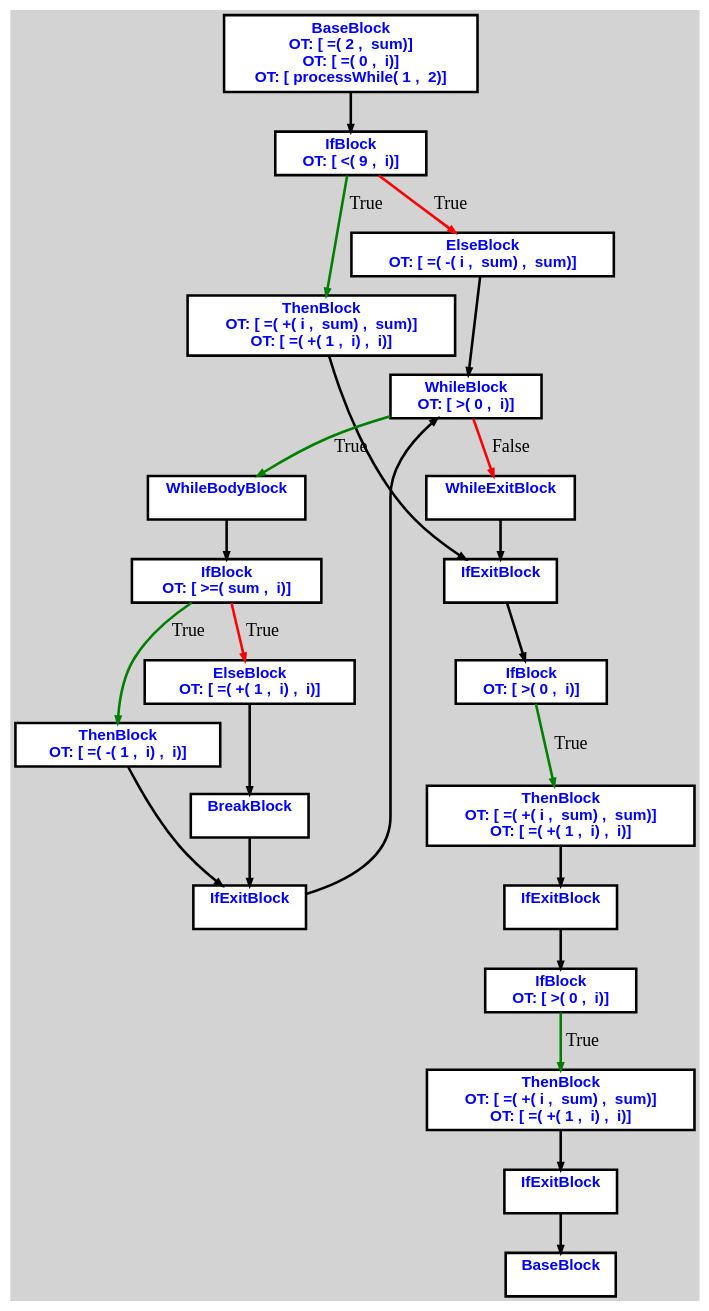
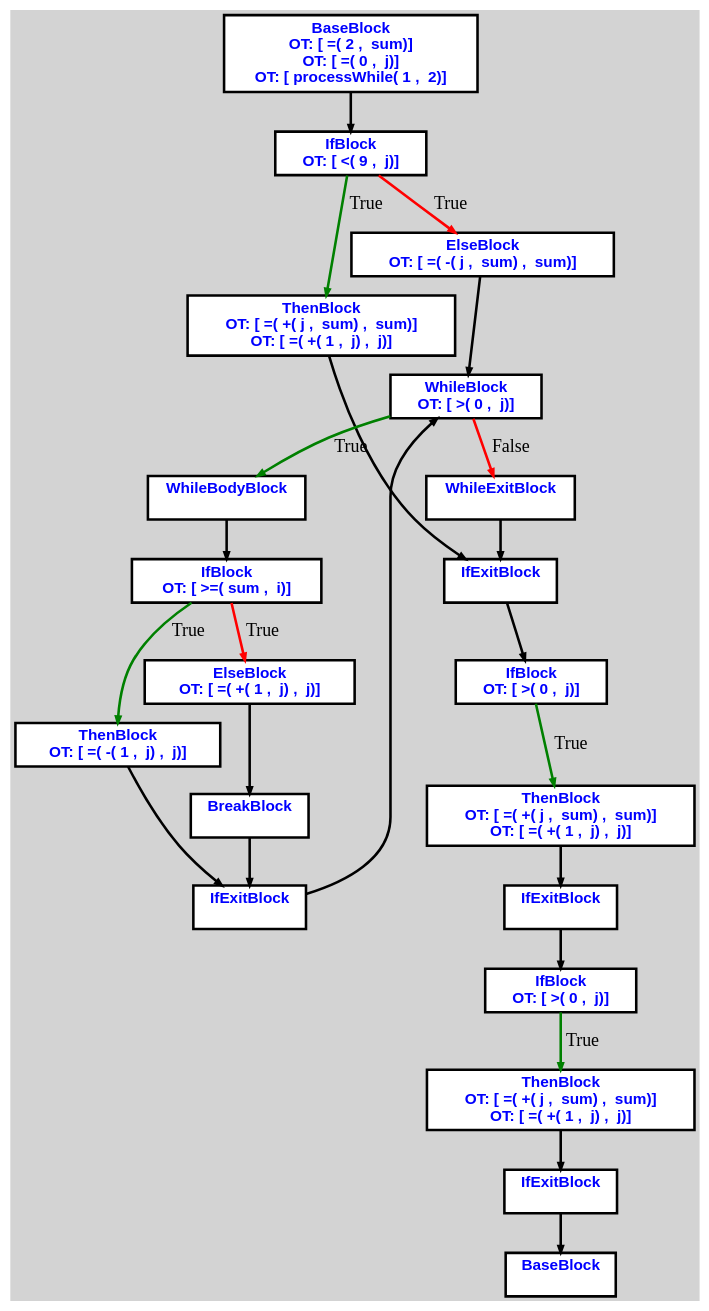
One commit to aveen007/CountingMonkeys changed the diagram in cpoCompilerWin/input.txt.processAnotherArray.dot. Above: the diagram before and after it, drawn with Graphviz. The commit also changed 40 other files, not shown here.

Commit message:
architecture to store data types

```diff
--- a/cpoCompilerWin/input.txt.processAnotherArray.dot
+++ b/cpoCompilerWin/input.txt.processAnotherArray.dot
@@ -1,66 +1,66 @@
 digraph G {
 ordering=out;
 ranksep=.4;
 bgcolor="lightgrey";  node [shape=box, fixedsize=false, fontsize=12, fontname="Helvetica-bold", fontcolor="blue"
 width=.25, height=.25, color="black", fillcolor="white", style="filled, solid, bold"];
 
-edge [arrowsize=.5, color="black", style="bold"]    n000011CED78A2AE0 [label="BaseBlock\n OT: [ =( 2 ,  sum)]
-OT: [ =( 0 ,  i)]
+edge [arrowsize=.5, color="black", style="bold"]    n00001220E9BA2B40 [label="BaseBlock\n OT: [ =( 2 ,  sum)]
+OT: [ =( 0 ,  j)]
 OT: [ processWhile( 1 ,  2)]
 "]
-    n000011CED78A2B40 [label="IfBlock\n OT: [ <( 9 ,  i)]
+    n00001220E9BA2BA0 [label="IfBlock\n OT: [ <( 9 ,  j)]
 "]
-    n000011CED78A2AE0 -> n000011CED78A2B40
-    n000011CED78A2B40 -> n000011CED78A2BA0 [label="True" color="green"]
-    n000011CED78A2BA0 [label="ThenBlock\n OT: [ =( +( i ,  sum) ,  sum)]
-OT: [ =( +( 1 ,  i) ,  i)]
+    n00001220E9BA2B40 -> n00001220E9BA2BA0
+    n00001220E9BA2BA0 -> n00001220E9BA2C00 [label="True" color="green"]
+    n00001220E9BA2C00 [label="ThenBlock\n OT: [ =( +( j ,  sum) ,  sum)]
+OT: [ =( +( 1 ,  j) ,  j)]
 "]
-    n000011CED78A2F60 [label="IfExitBlock\n "]
-    n000011CED78A2BA0 -> n000011CED78A2F60
-    n000011CED78A2FC0 [label="IfBlock\n OT: [ >( 0 ,  i)]
+    n00001220E9BA2FC0 [label="IfExitBlock\n "]
+    n00001220E9BA2C00 -> n00001220E9BA2FC0
+    n00001220E9BA3020 [label="IfBlock\n OT: [ >( 0 ,  j)]
 "]
-    n000011CED78A2F60 -> n000011CED78A2FC0
-    n000011CED78A2FC0 -> n000011CED78A3020 [label="True" color="green"]
-    n000011CED78A3020 [label="ThenBlock\n OT: [ =( +( i ,  sum) ,  sum)]
-OT: [ =( +( 1 ,  i) ,  i)]
+    n00001220E9BA2FC0 -> n00001220E9BA3020
+    n00001220E9BA3020 -> n00001220E9BA3080 [label="True" color="green"]
+    n00001220E9BA3080 [label="ThenBlock\n OT: [ =( +( j ,  sum) ,  sum)]
+OT: [ =( +( 1 ,  j) ,  j)]
 "]
-    n000011CED78A3080 [label="IfExitBlock\n "]
-    n000011CED78A3020 -> n000011CED78A3080
-    n000011CED78A30E0 [label="IfBlock\n OT: [ >( 0 ,  i)]
+    n00001220E9BA30E0 [label="IfExitBlock\n "]
+    n00001220E9BA3080 -> n00001220E9BA30E0
+    n00001220E9BA3140 [label="IfBlock\n OT: [ >( 0 ,  j)]
 "]
-    n000011CED78A3080 -> n000011CED78A30E0
-    n000011CED78A30E0 -> n000011CED78A3140 [label="True" color="green"]
-    n000011CED78A3140 [label="ThenBlock\n OT: [ =( +( i ,  sum) ,  sum)]
-OT: [ =( +( 1 ,  i) ,  i)]
+    n00001220E9BA30E0 -> n00001220E9BA3140
+    n00001220E9BA3140 -> n00001220E9BA31A0 [label="True" color="green"]
+    n00001220E9BA31A0 [label="ThenBlock\n OT: [ =( +( j ,  sum) ,  sum)]
+OT: [ =( +( 1 ,  j) ,  j)]
 "]
-    n000011CED78A31A0 [label="IfExitBlock\n "]
-    n000011CED78A3140 -> n000011CED78A31A0
-    n000011CED78A3200 [label="BaseBlock\n "]
-    n000011CED78A31A0 -> n000011CED78A3200
-    n000011CED78A2B40 -> n000011CED78A2C00 [label="True" color="red"]
-    n000011CED78A2C00 [label="ElseBlock\n OT: [ =( -( i ,  sum) ,  sum)]
+    n00001220E9BA3200 [label="IfExitBlock\n "]
+    n00001220E9BA31A0 -> n00001220E9BA3200
+    n00001220E9BA3260 [label="BaseBlock\n "]
+    n00001220E9BA3200 -> n00001220E9BA3260
+    n00001220E9BA2BA0 -> n00001220E9BA2C60 [label="True" color="red"]
+    n00001220E9BA2C60 [label="ElseBlock\n OT: [ =( -( j ,  sum) ,  sum)]
 "]
-    n000011CED78A2C60 [label="WhileBlock\n OT: [ >( 0 ,  i)]
+    n00001220E9BA2CC0 [label="WhileBlock\n OT: [ >( 0 ,  j)]
 "]
-    n000011CED78A2C00 -> n000011CED78A2C60
-	   n000011CED78A2C60 -> n000011CED78A2CC0 [ label = "True" color="green"]
-    n000011CED78A2CC0 [label="WhileBodyBlock\n "]
-    n000011CED78A2D80 [label="IfBlock\n OT: [ >=( sum ,  i)]
+    n00001220E9BA2C60 -> n00001220E9BA2CC0
+	   n00001220E9BA2CC0 -> n00001220E9BA2D20 [ label = "True" color="green"]
+    n00001220E9BA2D20 [label="WhileBodyBlock\n "]
+    n00001220E9BA2DE0 [label="IfBlock\n OT: [ >=( sum ,  i)]
 "]
-    n000011CED78A2CC0 -> n000011CED78A2D80
-    n000011CED78A2D80 -> n000011CED78A2DE0 [label="True" color="green"]
-    n000011CED78A2DE0 [label="ThenBlock\n OT: [ =( -( 1 ,  i) ,  i)]
+    n00001220E9BA2D20 -> n00001220E9BA2DE0
+    n00001220E9BA2DE0 -> n00001220E9BA2E40 [label="True" color="green"]
+    n00001220E9BA2E40 [label="ThenBlock\n OT: [ =( -( 1 ,  j) ,  j)]
 "]
-    n000011CED78A2F00 [label="IfExitBlock\n "]
-    n000011CED78A2DE0 -> n000011CED78A2F00
-    n000011CED78A2F00 -> n000011CED78A2C60
-    n000011CED78A2D80 -> n000011CED78A2E40 [label="True" color="red"]
-    n000011CED78A2E40 [label="ElseBlock\n OT: [ =( +( 1 ,  i) ,  i)]
+    n00001220E9BA2F60 [label="IfExitBlock\n "]
+    n00001220E9BA2E40 -> n00001220E9BA2F60
+    n00001220E9BA2F60 -> n00001220E9BA2CC0
+    n00001220E9BA2DE0 -> n00001220E9BA2EA0 [label="True" color="red"]
+    n00001220E9BA2EA0 [label="ElseBlock\n OT: [ =( +( 1 ,  j) ,  j)]
 "]
-    n000011CED78A2EA0 [label="BreakBlock\n "]
-    n000011CED78A2E40 -> n000011CED78A2EA0
-    n000011CED78A2EA0 -> n000011CED78A2F00
-	   n000011CED78A2C60 -> n000011CED78A2D20 [ label = "False" color="red"]
-    n000011CED78A2D20 [label="WhileExitBlock\n "]
-    n000011CED78A2D20 -> n000011CED78A2F60
+    n00001220E9BA2F00 [label="BreakBlock\n "]
+    n00001220E9BA2EA0 -> n00001220E9BA2F00
+    n00001220E9BA2F00 -> n00001220E9BA2F60
+	   n00001220E9BA2CC0 -> n00001220E9BA2D80 [ label = "False" color="red"]
+    n00001220E9BA2D80 [label="WhileExitBlock\n "]
+    n00001220E9BA2D80 -> n00001220E9BA2FC0
 }
```
